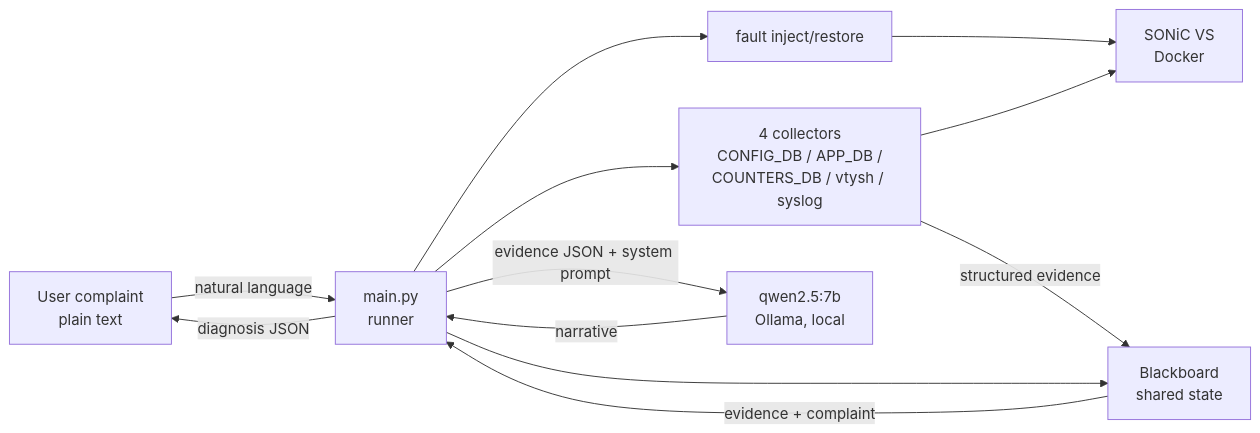
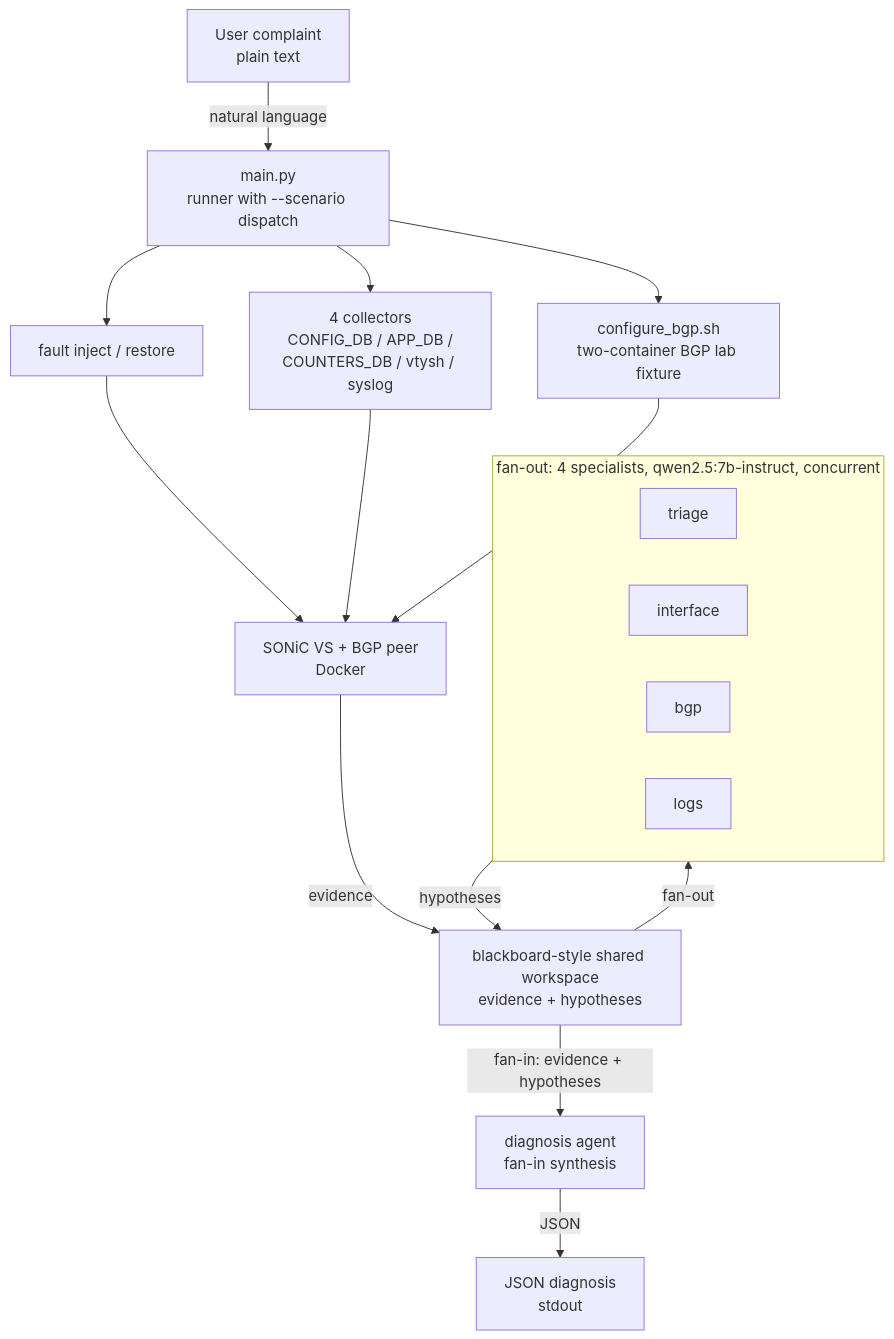
Before and after one commit to ChandanaNandi/sonic-troubleshooting-agent: the diagram in README.md, drawn with Mermaid. The commit also changed other lines of this file, not shown here.

Commit message:
Update README architecture diagram for Phase 3

````diff
--- a/README.md
+++ b/README.md
@@ -54,22 +27,32 @@
 ```mermaid
-flowchart LR
+flowchart TD
     User[User complaint<br/>plain text]
-    Runner[main.py<br/>runner]
-    Fault[fault inject/restore]
+    Runner[main.py<br/>runner with --scenario dispatch]
+    Fault[fault inject / restore]
     Collectors[4 collectors<br/>CONFIG_DB / APP_DB /<br/>COUNTERS_DB / vtysh / syslog]
-    BB[Blackboard<br/>shared state]
-    LLM[qwen2.5:7b<br/>Ollama, local]
-    SONiC[SONiC VS<br/>Docker]
+    BGPLab[configure_bgp.sh<br/>two-container BGP lab fixture]
+    SONiC[SONiC VS + BGP peer<br/>Docker]
+    BB[blackboard-style shared workspace<br/>evidence + hypotheses]
+    Diag[diagnosis agent<br/>fan-in synthesis]
+    Out[JSON diagnosis<br/>stdout]
+
+    subgraph Specialists [fan-out: 4 specialists, qwen2.5:7b-instruct, concurrent]
+        Triage[triage]
+        Iface[interface]
+        Bgp[bgp]
+        Logs[logs]
+    end
 
     User -->|natural language| Runner
     Runner --> Fault
     Runner --> Collectors
+    Runner --> BGPLab
     Fault --> SONiC
     Collectors --> SONiC
-    Collectors -->|structured evidence| BB
-    Runner --> BB
-    BB -->|evidence + complaint| Runner
-    Runner -->|evidence JSON + system prompt| LLM
-    LLM -->|narrative| Runner
-    Runner -->|diagnosis JSON| User
+    BGPLab --> SONiC
+    SONiC -->|evidence| BB
+    BB -->|fan-out| Specialists
+    Specialists -->|hypotheses| BB
+    BB -->|fan-in: evidence + hypotheses| Diag
+    Diag -->|JSON| Out
 ```
````
